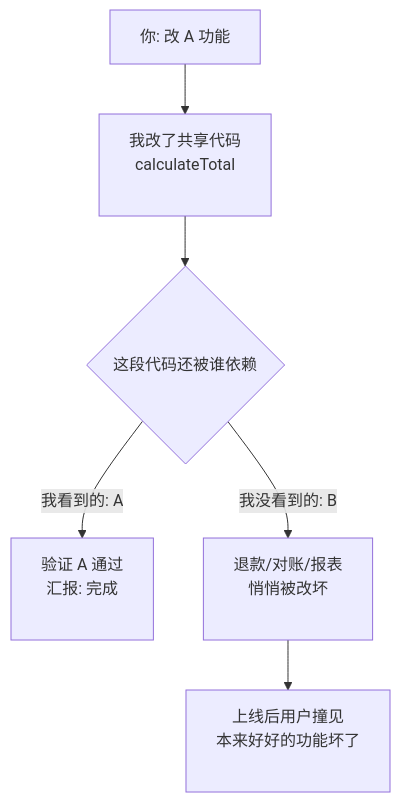
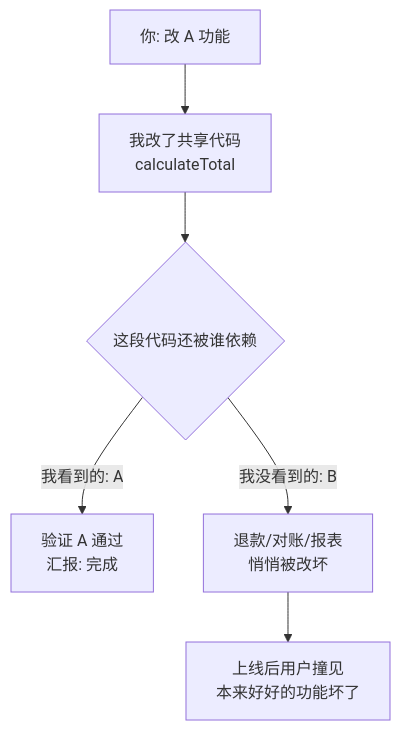
One commit to XuebinMa/AIWiki changed the diagram in docs/07-acceptance-release/missing-regression.mdx. Above: the diagram before and after it, drawn with Mermaid. The commit also changed 99 other files, not shown here.

First line of the commit message:
fix(mermaid): 全局根治节点文字裁切（htmlLabels:false + 清理 br/nbsp 占位）(#26)

````diff
--- a/docs/07-acceptance-release/missing-regression.mdx
+++ b/docs/07-acceptance-release/missing-regression.mdx
@@ -41,8 +41,8 @@
 ```mermaid
 flowchart TD
-    A[你: 改 A 功能] --> B[我改了共享代码<br/>calculateTotal<br/>&nbsp;]
+    A[你: 改 A 功能] --> B[我改了共享代码<br/>calculateTotal]
     B --> C{这段代码还被谁依赖}
-    C -->|我看到的: A| D[验证 A 通过<br/>汇报: 完成<br/>&nbsp;]
-    C -->|我没看到的: B| E[退款/对账/报表<br/>悄悄被改坏<br/>&nbsp;]
-    E --> F[上线后用户撞见<br/>本来好好的功能坏了<br/>&nbsp;]
+    C -->|我看到的: A| D[验证 A 通过<br/>汇报: 完成]
+    C -->|我没看到的: B| E[退款/对账/报表<br/>悄悄被改坏]
+    E --> F[上线后用户撞见<br/>本来好好的功能坏了]
 ```
````
